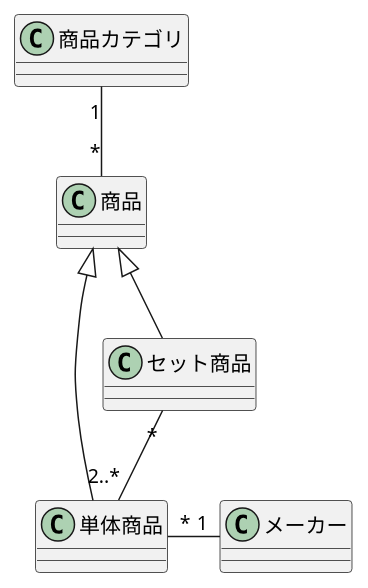
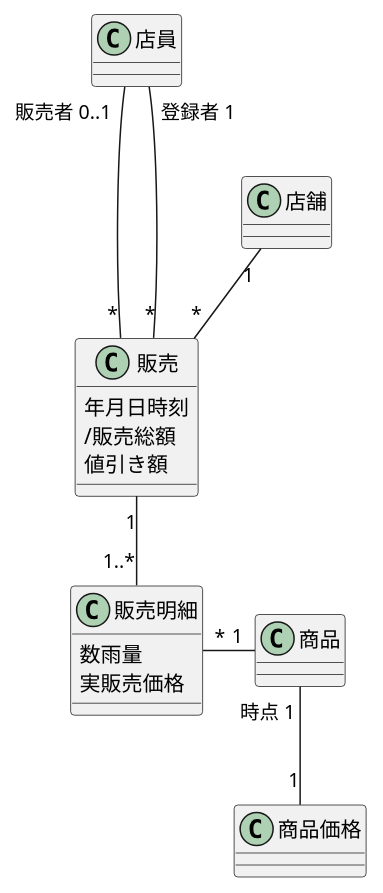
The diagram in ch12/sample.puml (yinm/uml-modeling-lesson), drawn with PlantUML before and after one commit.

Commit message:
Add lesson42

```diff
--- a/ch12/sample.puml
+++ b/ch12/sample.puml
@@ -1,15 +1,27 @@
 @startuml
 
-class 商品カテゴリ
+class 店員
+class 店舗
+
+class 販売 {
+  年月日時刻
+  /販売総額
+  値引き額
+}
+
+class 販売明細 {
+  数雨量
+  実販売価格
+}
+
 class 商品
-class セット商品
-class 単体商品
-class メーカー
+class 商品価格
 
-商品カテゴリ "1"-d-"*" 商品
-セット商品 -u-|> 商品
-単体商品 -u-|> 商品
-セット商品 "*"--"2..*" 単体商品
-単体商品 "*"-r-"1" メーカー
+店員 "販売者 0..1"--"*" 販売
+店員 "登録者 1"---"*" 販売
+店舗 "1"--"*" 販売
+販売 "1"--"1..*" 販売明細
+販売明細 "*"-r-"1" 商品
+商品 "時点 1"--"1" 商品価格
 
 @enduml
```
